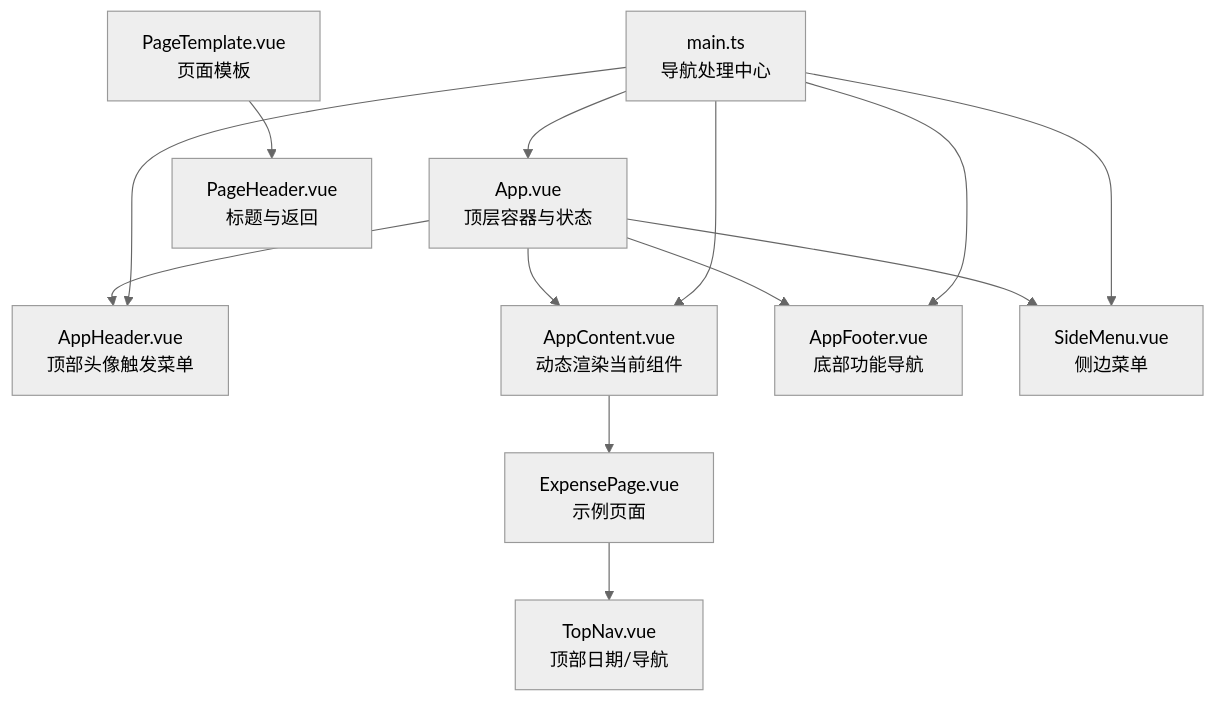
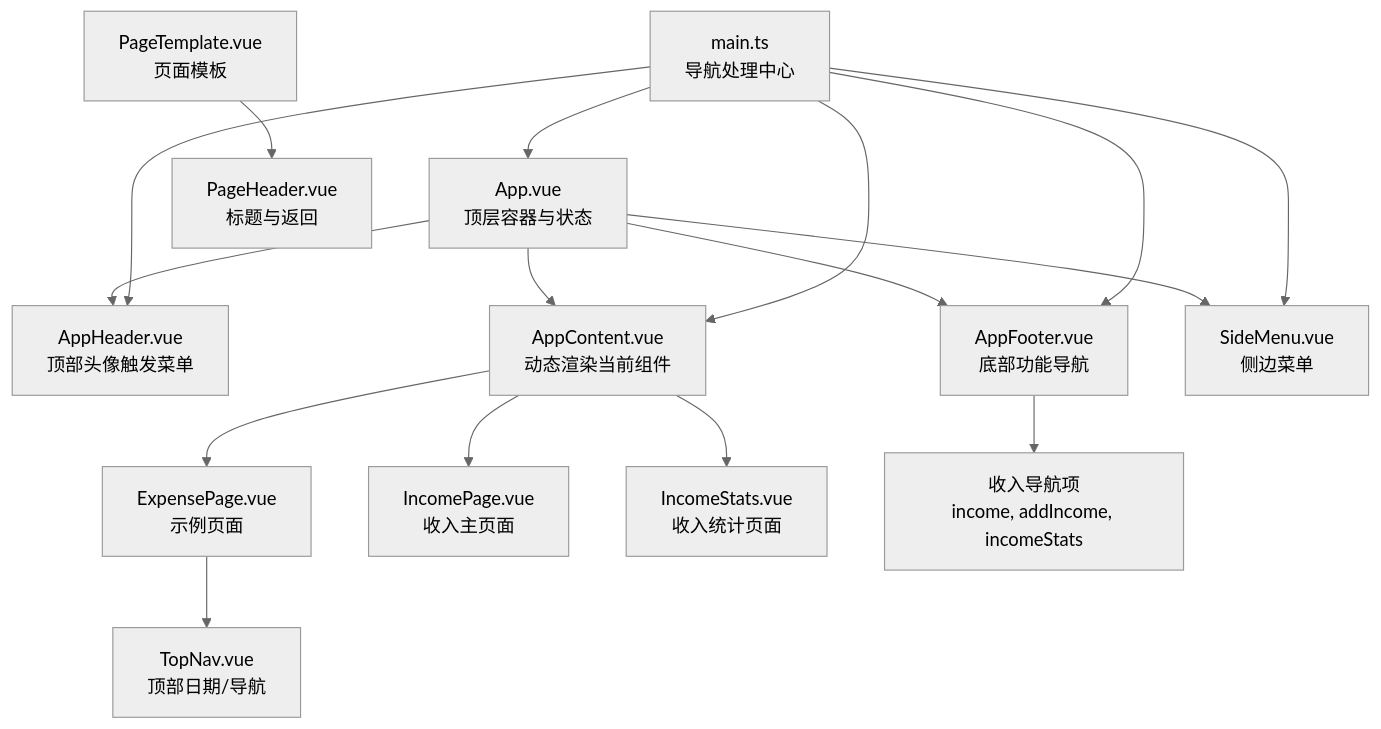
Before and after one commit to xiao-lin-unit/yuan: the first of 7 diagrams in .qoder/repowiki/zh/content/UI组件/导航组件.md, drawn with Mermaid (neutral theme). The commit also changed other lines of this file and 62 other files, not shown here.

````diff
--- a/.qoder/repowiki/zh/content/UI组件/导航组件.md
+++ b/.qoder/repowiki/zh/content/UI组件/导航组件.md
@@ -58,15 +63,18 @@
 ```mermaid
 graph TB
 App["App.vue<br/>顶层容器与状态"] --> AH["AppHeader.vue<br/>顶部头像触发菜单"]
 App --> AC["AppContent.vue<br/>动态渲染当前组件"]
 App --> AF["AppFooter.vue<br/>底部功能导航"]
 App --> SM["SideMenu.vue<br/>侧边菜单"]
 AC --> EP["ExpensePage.vue<br/>示例页面"]
+AC --> IP["IncomePage.vue<br/>收入主页面"]
+AC --> AS["IncomeStats.vue<br/>收入统计页面"]
 EP --> TN["TopNav.vue<br/>顶部日期/导航"]
 PT["PageTemplate.vue<br/>页面模板"] --> PH["PageHeader.vue<br/>标题与返回"]
+AF --> IN["收入导航项<br/>income, addIncome, incomeStats"]
 Main["main.ts<br/>导航处理中心"] --> App
 Main --> AH
 Main --> AC
 Main --> AF
 Main --> SM
 ```
````
